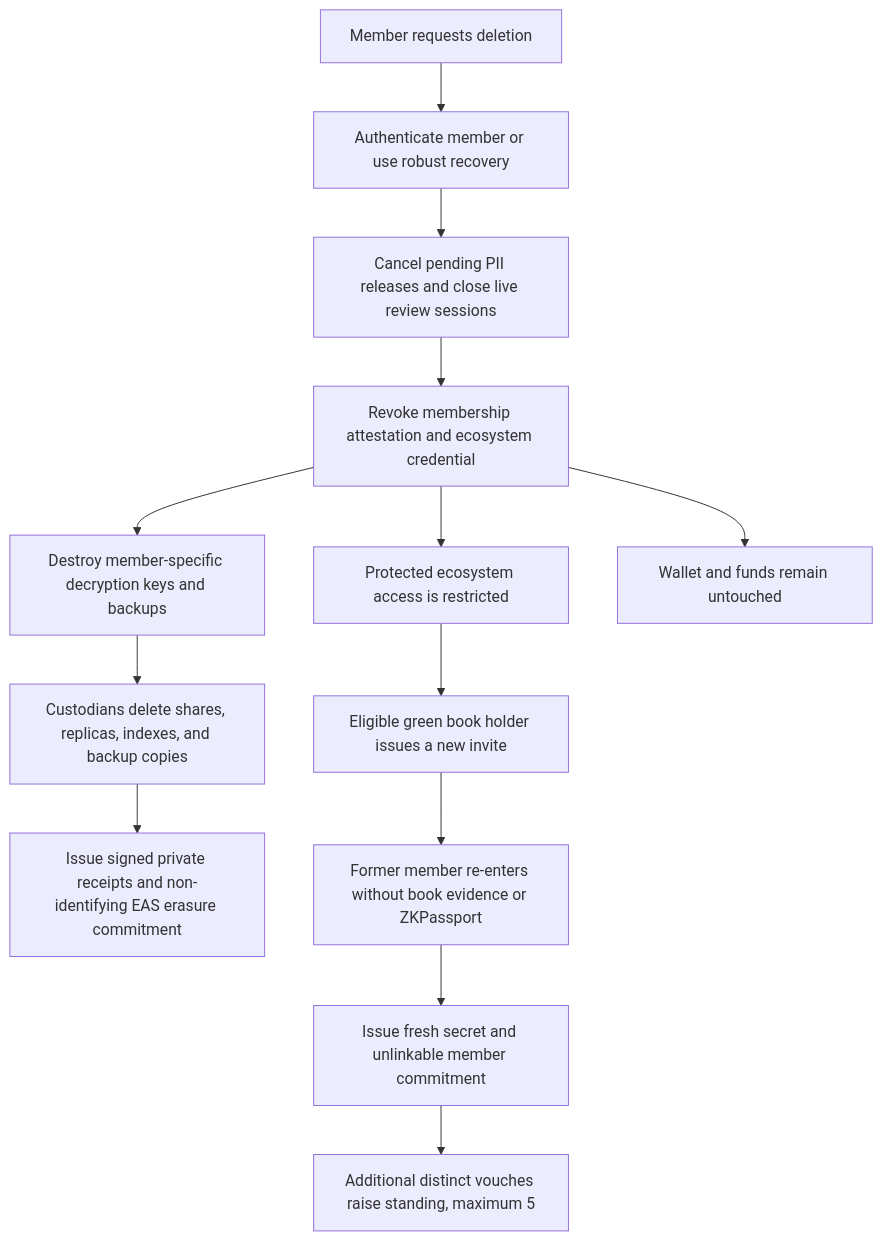
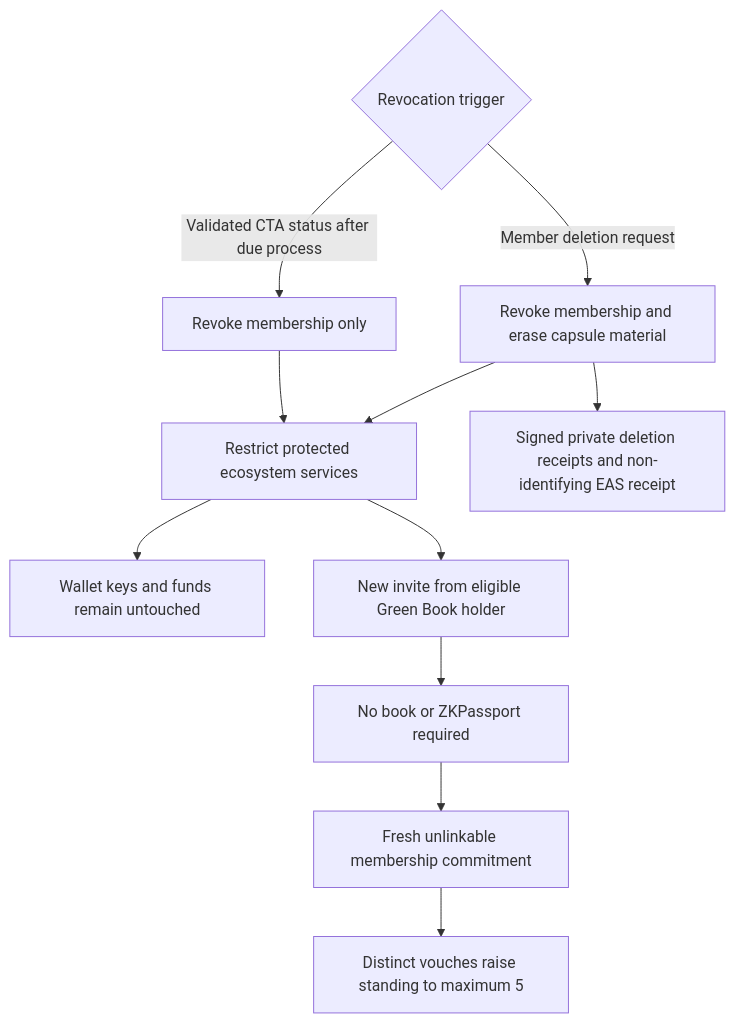
Before and after one commit to AlexJupiter/tibetan-id: the sixth of 6 diagrams in README.md, drawn with Mermaid. The commit also changed other lines of this file, not shown here.

Commit message:
Clarify membership classes and CTA integration

````diff
--- a/README.md
+++ b/README.md
@@ -203,17 +273,14 @@
 ```mermaid
 flowchart TD
-    A[Member requests deletion] --> B[Authenticate member or use robust recovery]
-    B --> C[Cancel pending PII releases and close live review sessions]
-    C --> D[Revoke membership attestation and ecosystem credential]
-    D --> E[Destroy member-specific decryption keys and backups]
-    E --> F[Custodians delete shares, replicas, indexes, and backup copies]
-    F --> G[Issue signed private receipts and non-identifying EAS erasure commitment]
+    A{Revocation trigger} -->|Member deletion request| B[Revoke membership and erase capsule material]
+    A -->|Validated CTA status after due process| C[Revoke membership only]
+    B --> D[Restrict protected ecosystem services]
+    C --> D
+    B --> E[Signed private deletion receipts and non-identifying EAS receipt]
+    D --> F[Wallet keys and funds remain untouched]
 
-    D --> H[Protected ecosystem access is restricted]
-    D --> I[Wallet and funds remain untouched]
-
-    H --> J[Eligible green book holder issues a new invite]
-    J --> K[Former member re-enters without book evidence or ZKPassport]
-    K --> L[Issue fresh secret and unlinkable member commitment]
-    L --> M[Additional distinct vouches raise standing, maximum 5]
+    D --> G[New invite from eligible Green Book holder]
+    G --> H[No book or ZKPassport required]
+    H --> I[Fresh unlinkable membership commitment]
+    I --> J[Distinct vouches raise standing to maximum 5]
 ```
````
